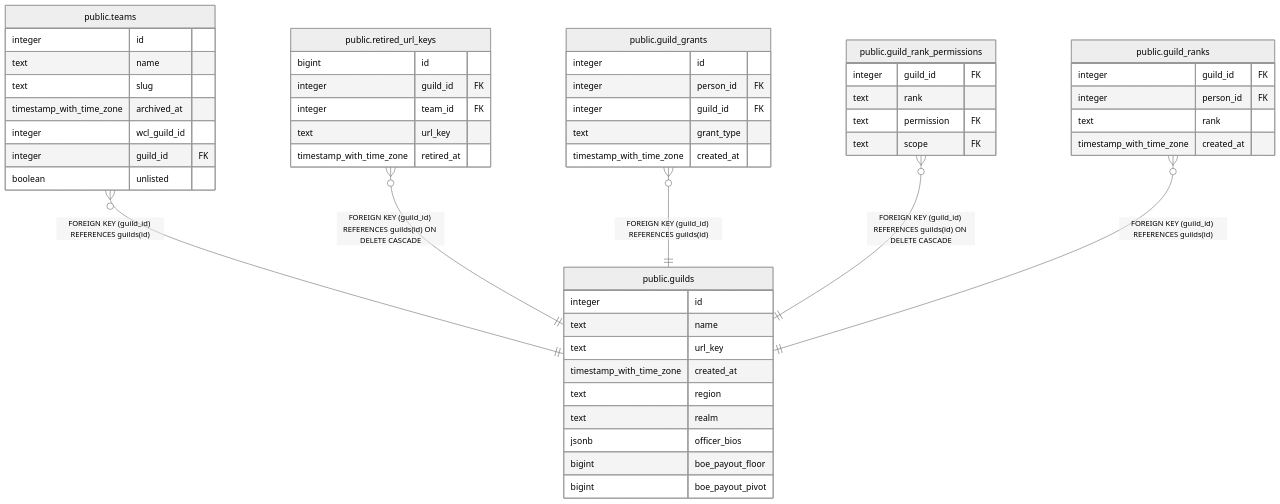
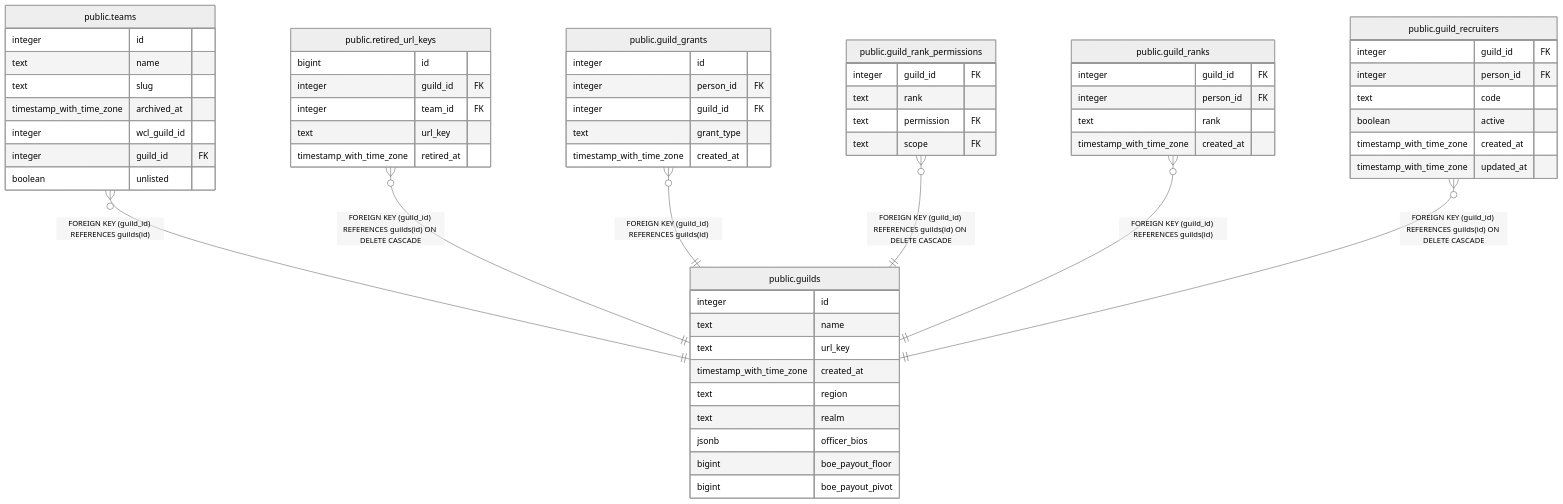
The diagram in dbdoc/public.guilds.md (katogaming88/WGA-Raid-Hub), drawn with Mermaid (neutral theme) before and after one commit. The commit also changed other lines of this file and 28 other files, not shown here.

````diff
--- a/dbdoc/public.guilds.md
+++ b/dbdoc/public.guilds.md
@@ -49,56 +49,65 @@
 ```mermaid
 erDiagram
 
 "public.teams" }o--|| "public.guilds" : "FOREIGN KEY (guild_id) REFERENCES guilds(id)"
 "public.retired_url_keys" }o--|| "public.guilds" : "FOREIGN KEY (guild_id) REFERENCES guilds(id) ON DELETE CASCADE"
 "public.guild_grants" }o--|| "public.guilds" : "FOREIGN KEY (guild_id) REFERENCES guilds(id)"
 "public.guild_rank_permissions" }o--|| "public.guilds" : "FOREIGN KEY (guild_id) REFERENCES guilds(id) ON DELETE CASCADE"
 "public.guild_ranks" }o--|| "public.guilds" : "FOREIGN KEY (guild_id) REFERENCES guilds(id)"
+"public.guild_recruiters" }o--|| "public.guilds" : "FOREIGN KEY (guild_id) REFERENCES guilds(id) ON DELETE CASCADE"
 
 "public.guilds" {
   integer id
   text name
   text url_key
   timestamp_with_time_zone created_at
   text region
   text realm
   jsonb officer_bios
   bigint boe_payout_floor
   bigint boe_payout_pivot
 }
 "public.teams" {
   integer id
   text name
   text slug
   timestamp_with_time_zone archived_at
   integer wcl_guild_id
   integer guild_id FK
   boolean unlisted
 }
 "public.retired_url_keys" {
   bigint id
   integer guild_id FK
   integer team_id FK
   text url_key
   timestamp_with_time_zone retired_at
 }
 "public.guild_grants" {
   integer id
   integer person_id FK
   integer guild_id FK
   text grant_type
   timestamp_with_time_zone created_at
 }
 "public.guild_rank_permissions" {
   integer guild_id FK
   text rank
   text permission FK
   text scope FK
 }
 "public.guild_ranks" {
   integer guild_id FK
   integer person_id FK
   text rank
   timestamp_with_time_zone created_at
 }
+"public.guild_recruiters" {
+  integer guild_id FK
+  integer person_id FK
+  text code
+  boolean active
+  timestamp_with_time_zone created_at
+  timestamp_with_time_zone updated_at
+}
 ```
````
